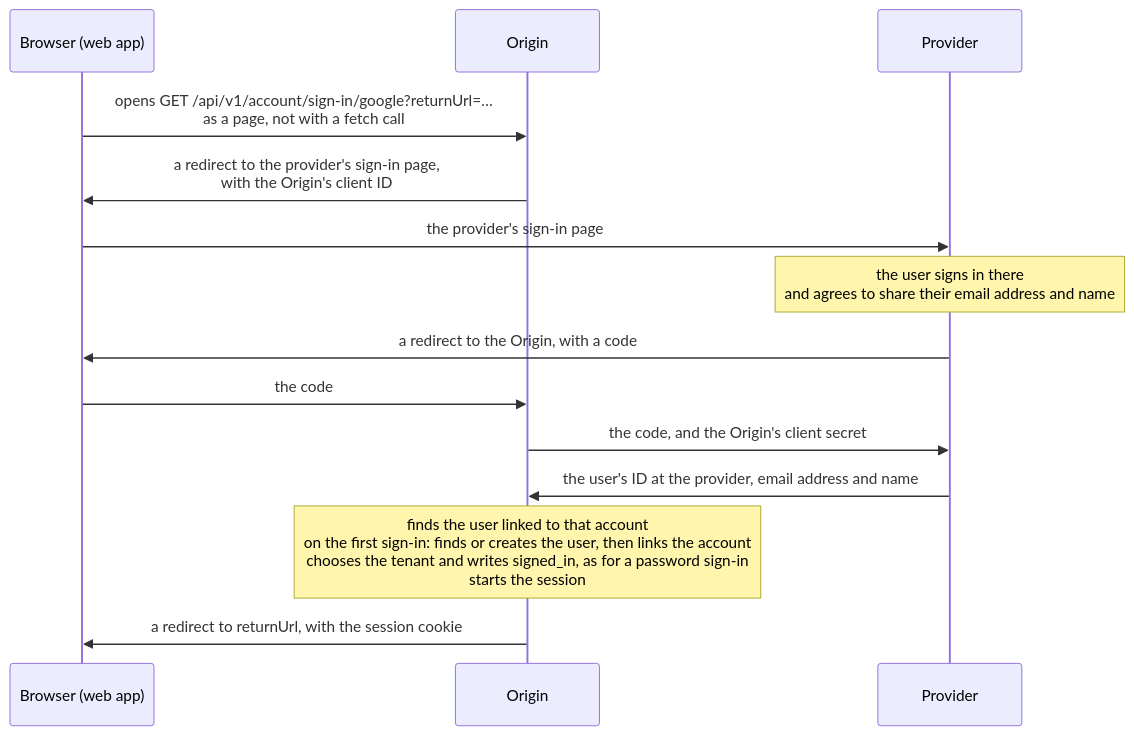
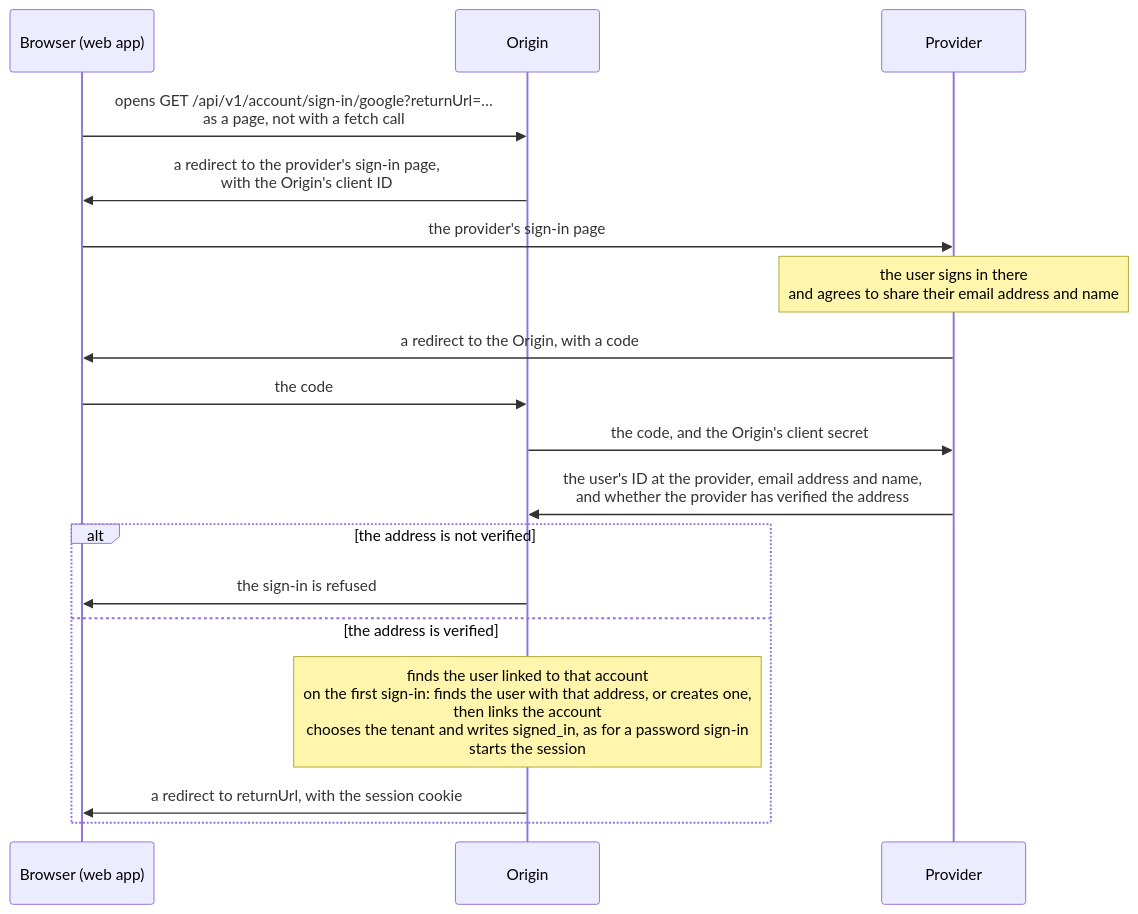
Before and after one commit to vpalos/BigFatFile: the third of 5 diagrams in docs/architecture/Architecture.Authentication.md, drawn with Mermaid. The commit also changed other lines of this file, not shown here.

Commit message:
Refuse an external sign-in when the provider has not verified the email address.

````diff
--- a/docs/architecture/Architecture.Authentication.md
+++ b/docs/architecture/Architecture.Authentication.md
@@ -209,16 +209,20 @@
 ```mermaid
 sequenceDiagram
     participant B as Browser (web app)
     participant O as Origin
     participant P as Provider
     B->>O: opens GET /api/v1/account/sign-in/google?returnUrl=…<br/>as a page, not with a fetch call
     O->>B: a redirect to the provider's sign-in page,<br/>with the Origin's client ID
     B->>P: the provider's sign-in page
     Note over P: the user signs in there<br/>and agrees to share their email address and name
     P->>B: a redirect to the Origin, with a code
     B->>O: the code
     O->>P: the code, and the Origin's client secret
-    P->>O: the user's ID at the provider, email address and name
-    Note over O: finds the user linked to that account<br/>on the first sign-in: finds or creates the user, then links the account<br/>chooses the tenant and writes signed_in, as for a password sign-in<br/>starts the session
-    O->>B: a redirect to returnUrl, with the session cookie
+    P->>O: the user's ID at the provider, email address and name,<br/>and whether the provider has verified the address
+    alt the address is not verified
+        O->>B: the sign-in is refused
+    else the address is verified
+        Note over O: finds the user linked to that account<br/>on the first sign-in: finds the user with that address, or creates one,<br/>then links the account<br/>chooses the tenant and writes signed_in, as for a password sign-in<br/>starts the session
+        O->>B: a redirect to returnUrl, with the session cookie
+    end
 ```
````
